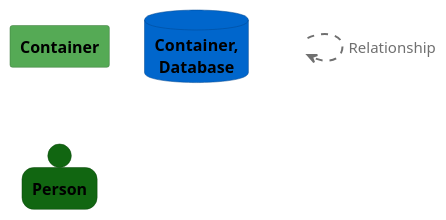
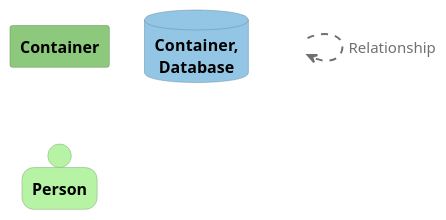
Before and after one commit to unibuc-cs/software-engineering-product-code-girls: the diagram in backend/diagrams/structurizr-Containers-key.puml, drawn with PlantUML. The commit also changed 9 other files, not shown here.

Commit message:
diagrame C4

```diff
--- a/backend/diagrams/structurizr-Containers-key.puml
+++ b/backend/diagrams/structurizr-Containers-key.puml
@@ -1,44 +1,44 @@
 @startuml
 set separator none
 
 skinparam {
   shadowing false
   arrowFontSize 15
   defaultTextAlignment center
   wrapWidth 100
   maxMessageSize 100
 }
 hide stereotype
 
 skinparam rectangle<<_transparent>> {
   BorderColor transparent
   BackgroundColor transparent
   FontColor transparent
 }
 
 skinparam rectangle<<1>> {
-  BackgroundColor #55aa55
+  BackgroundColor #8dc97c
   FontColor #000000
-  BorderColor #3b763b
+  BorderColor #628c56
 }
 rectangle "==Container" <<1>>
 
 skinparam database<<2>> {
-  BackgroundColor #0066cc
+  BackgroundColor #93c6e5
   FontColor #000000
-  BorderColor #00478e
+  BorderColor #668aa0
 }
 database "==Container, Database" <<2>>
 
 skinparam person<<3>> {
-  BackgroundColor #116611
+  BackgroundColor #b6f3a4
   FontColor #000000
-  BorderColor #0b470b
+  BorderColor #7faa72
 }
 person "==Person" <<3>>
 
 rectangle "." <<_transparent>> as 4
 4 .[#707070,thickness=2].> 4 : "<color:#707070>Relationship"
 
 
 @enduml
```
